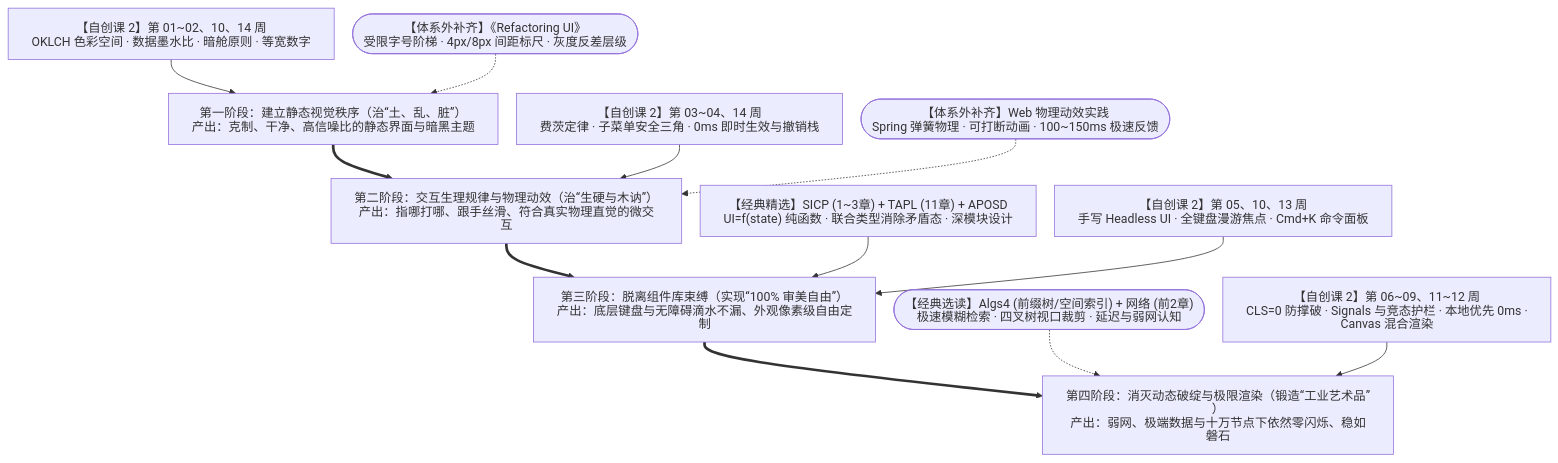
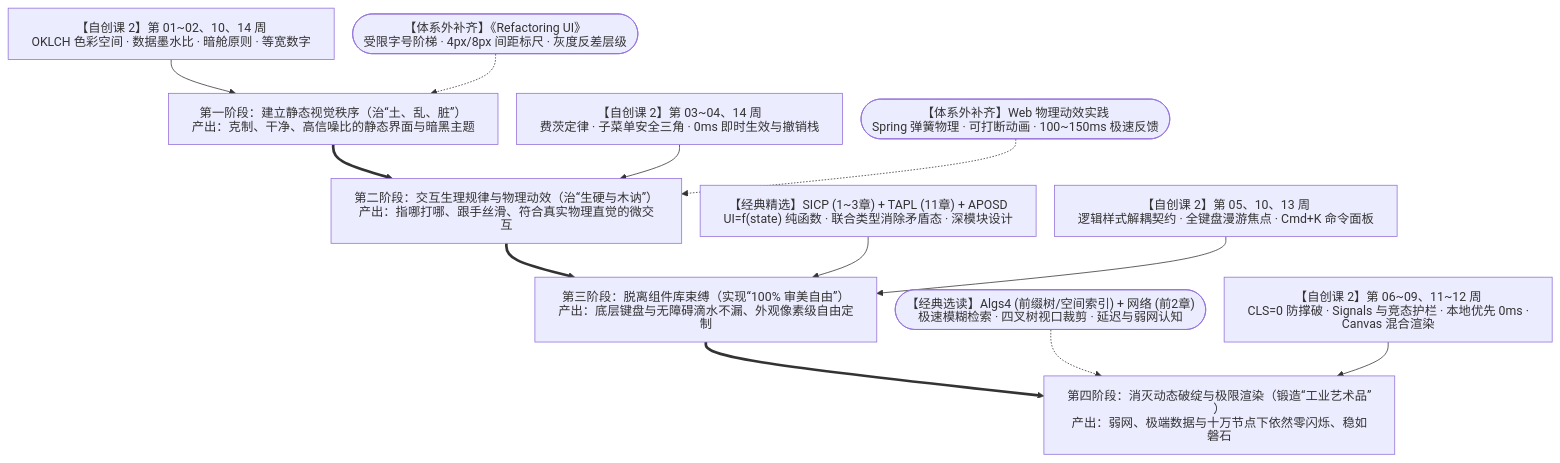
The diagram in 路线/UI审美与交互工程路线.md (Minsecrus/CS-Course), drawn with Mermaid before and after one commit. The commit also changed other lines of this file and 8 other files, not shown here.

````diff
--- a/路线/UI审美与交互工程路线.md
+++ b/路线/UI审美与交互工程路线.md
@@ -18,49 +18,49 @@
 ```mermaid
 ---
 config:
   look: classic
   htmlLabels: false
   markdownAutoWrap: false
   flowchart:
     htmlLabels: false
     wrappingWidth: 400
     nodeSpacing: 24
     rankSpacing: 44
 ---
 flowchart TD
     %% 第一阶段输入与目标
     UI_1["【自创课 2】第 01~02、10、14 周<br/>OKLCH 色彩空间 · 数据墨水比 · 暗舱原则 · 等宽数字"]
     EXT_1(["【体系外补齐】《Refactoring UI》<br/>受限字号阶梯 · 4px/8px 间距标尺 · 灰度反差层级"])
     S1["第一阶段：建立静态视觉秩序（治“土、乱、脏”）<br/>产出：克制、干净、高信噪比的静态界面与暗黑主题"]
 
     %% 第二阶段输入与目标
     UI_2["【自创课 2】第 03~04、14 周<br/>费茨定律 · 子菜单安全三角 · 0ms 即时生效与撤销栈"]
     EXT_2(["【体系外补齐】Web 物理动效实践<br/>Spring 弹簧物理 · 可打断动画 · 100~150ms 极速反馈"])
     S2["第二阶段：交互生理规律与物理动效（治“生硬与木讷”）<br/>产出：指哪打哪、跟手丝滑、符合真实物理直觉的微交互"]
 
     %% 第三阶段输入与目标
     BOOK_3["【经典精选】SICP (1~3章) + TAPL (11章) + APOSD<br/>UI=f(state) 纯函数 · 联合类型消除矛盾态 · 深模块设计"]
-    UI_3["【自创课 2】第 05、10、13 周<br/>手写 Headless UI · 全键盘漫游焦点 · Cmd+K 命令面板"]
+    UI_3["【自创课 2】第 05、10、13 周<br/>逻辑样式解耦契约 · 全键盘漫游焦点 · Cmd+K 命令面板"]
     S3["第三阶段：脱离组件库束缚（实现“100% 审美自由”）<br/>产出：底层键盘与无障碍滴水不漏、外观像素级自由定制"]
 
     %% 第四阶段输入与目标
     BOOK_4(["【经典选读】Algs4 (前缀树/空间索引) + 网络 (前2章)<br/>极速模糊检索 · 四叉树视口裁剪 · 延迟与弱网认知"])
     UI_4["【自创课 2】第 06~09、11~12 周<br/>CLS=0 防撑破 · Signals 与竞态护栏 · 本地优先 0ms · Canvas 混合渲染"]
     S4["第四阶段：消灭动态破绽与极限渲染（锻造“工业艺术品”）<br/>产出：弱网、极端数据与十万节点下依然零闪烁、稳如磐石"]
 
     %% 阶段汇聚与递进关系
     UI_1 --> S1
     EXT_1 -.-> S1
 
     S1 ==> S2
     UI_2 --> S2
     EXT_2 -.-> S2
 
     S2 ==> S3
     BOOK_3 --> S3
     UI_3 --> S3
 
     S3 ==> S4
     BOOK_4 -.-> S4
     UI_4 --> S4
 ```
````
